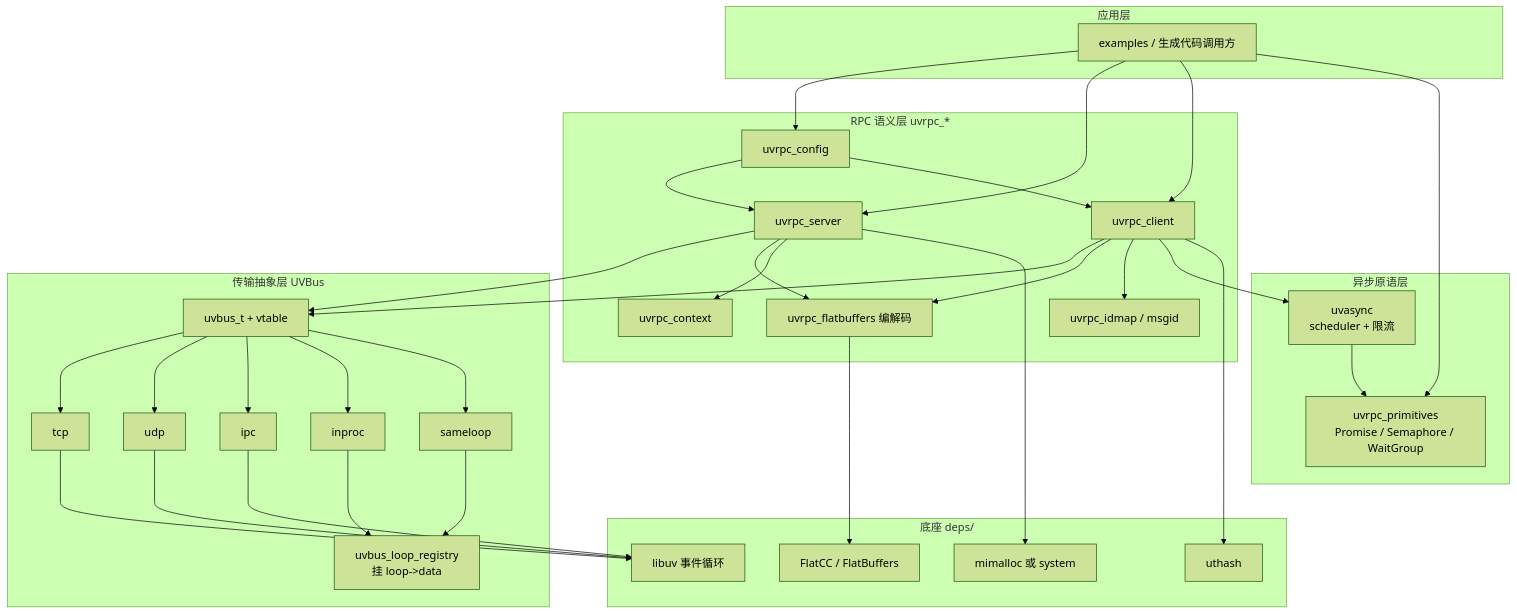
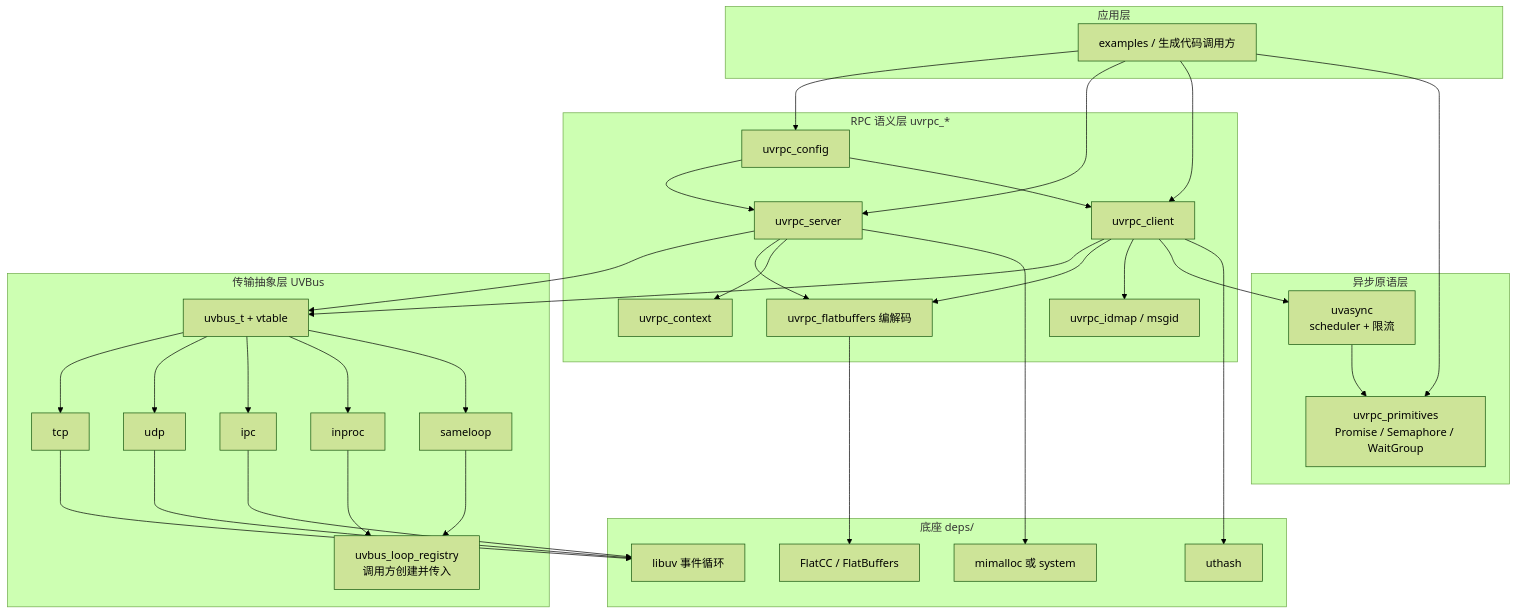
Before and after one commit to adam-ikari/uvrpc: the diagram in brain/architecture.md, drawn with Mermaid (forest theme). The commit also changed other lines of this file and 5 other files, not shown here.

````diff
--- a/brain/architecture.md
+++ b/brain/architecture.md
@@ -27,59 +27,59 @@
 ```mermaid
 graph TD
   subgraph APP["应用层"]
     EX[examples / 生成代码调用方]
   end
 
   subgraph RPC["RPC 语义层 uvrpc_*"]
     CFG[uvrpc_config]
     SRV[uvrpc_server]
     CLI[uvrpc_client]
     FB[uvrpc_flatbuffers 编解码]
     ID[uvrpc_idmap / msgid]
     CTX[uvrpc_context]
   end
 
   subgraph ASYNC["异步原语层"]
     PRIM[uvrpc_primitives<br/>Promise / Semaphore / WaitGroup]
     UVAS[uvasync<br/>scheduler + 限流]
   end
 
   subgraph BUS["传输抽象层 UVBus"]
     UVBUS["uvbus_t + vtable"]
     T1[tcp]
     T2[udp]
     T3[ipc]
     T4[inproc]
     T5[sameloop]
-    REG["uvbus_loop_registry<br/>挂 loop->data"]
+    REG["uvbus_loop_registry<br/>调用方创建并传入"]
   end
 
   subgraph DEPS["底座 deps/"]
     LIBUV[libuv 事件循环]
     FLATCC[FlatCC / FlatBuffers]
     MIM[mimalloc 或 system]
     UT[uthash]
   end
 
   EX --> CFG
   EX --> SRV
   EX --> CLI
   EX --> PRIM
   CFG --> SRV
   CFG --> CLI
   SRV --> UVBUS
   CLI --> UVBUS
   CLI --> FB
   SRV --> FB
   CLI --> ID
   SRV --> CTX
   CLI --> UVAS
   UVAS --> PRIM
   UVBUS --> T1 & T2 & T3 & T4 & T5
   T4 --> REG
   T5 --> REG
   T1 & T2 & T3 --> LIBUV
   FB --> FLATCC
   SRV --> MIM
   CLI --> UT
 ```
````
